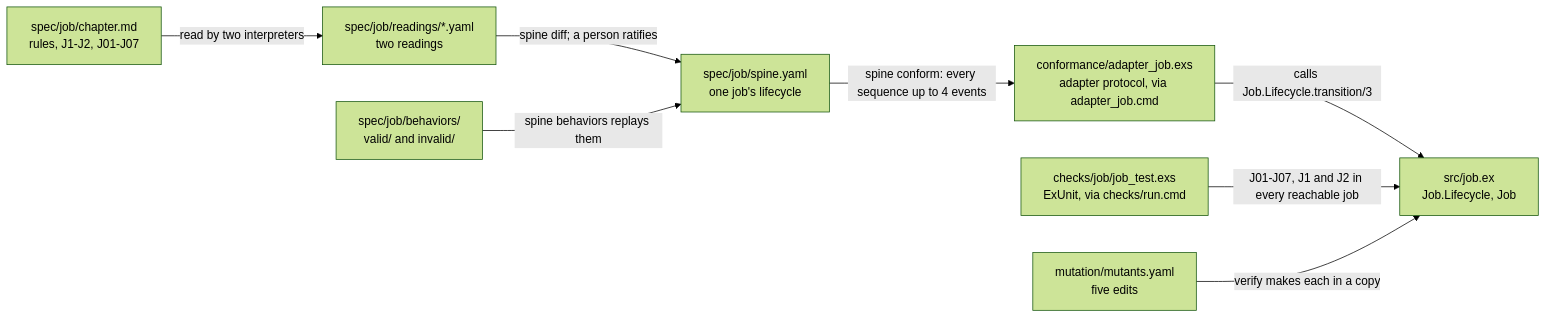
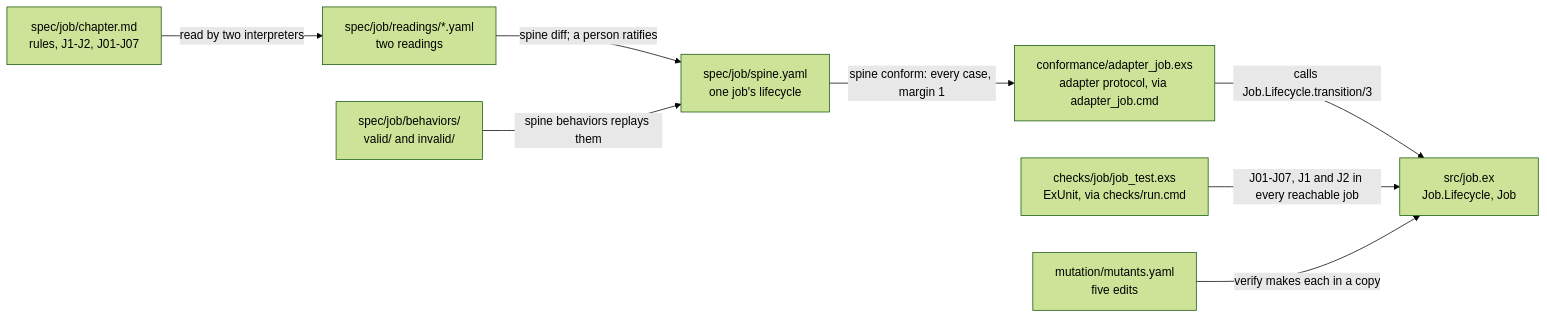
One commit to 23min/verifier-kit changed the fifth of 7 diagrams in docs/architecture.md. Above: the diagram before and after it, drawn with Mermaid (forest theme). The commit also changed other lines of this file and 29 other files, not shown here.

First line of the commit message:
feat(spine)!: try every case from a shortest path to each state plus a margin, and make an untried case an error

````diff
--- a/docs/architecture.md
+++ b/docs/architecture.md
@@ -191,18 +191,18 @@
 ```mermaid
 flowchart LR
   chapter["spec/job/chapter.md<br/>rules, J1-J2, J01-J07"]
   readings["spec/job/readings/*.yaml<br/>two readings"]
   spineY["spec/job/spine.yaml<br/>one job's lifecycle"]
   behav["spec/job/behaviors/<br/>valid/ and invalid/"]
   adapter["conformance/adapter_job.exs<br/>adapter protocol, via adapter_job.cmd"]
   job["src/job.ex<br/>Job.Lifecycle, Job"]
   checks["checks/job/job_test.exs<br/>ExUnit, via checks/run.cmd"]
   mutate["mutation/mutants.yaml<br/>five edits"]
   chapter -->|"read by two interpreters"| readings
   readings -->|"spine diff; a person ratifies"| spineY
   behav -->|"spine behaviors replays them"| spineY
-  spineY -->|"spine conform: every sequence up to 4 events"| adapter
+  spineY -->|"spine conform: every case, margin 1"| adapter
   adapter -->|"calls Job.Lifecycle.transition/3"| job
   checks -->|"J01-J07, J1 and J2 in every reachable job"| job
   mutate -->|"verify makes each in a copy"| job
 ```
````
